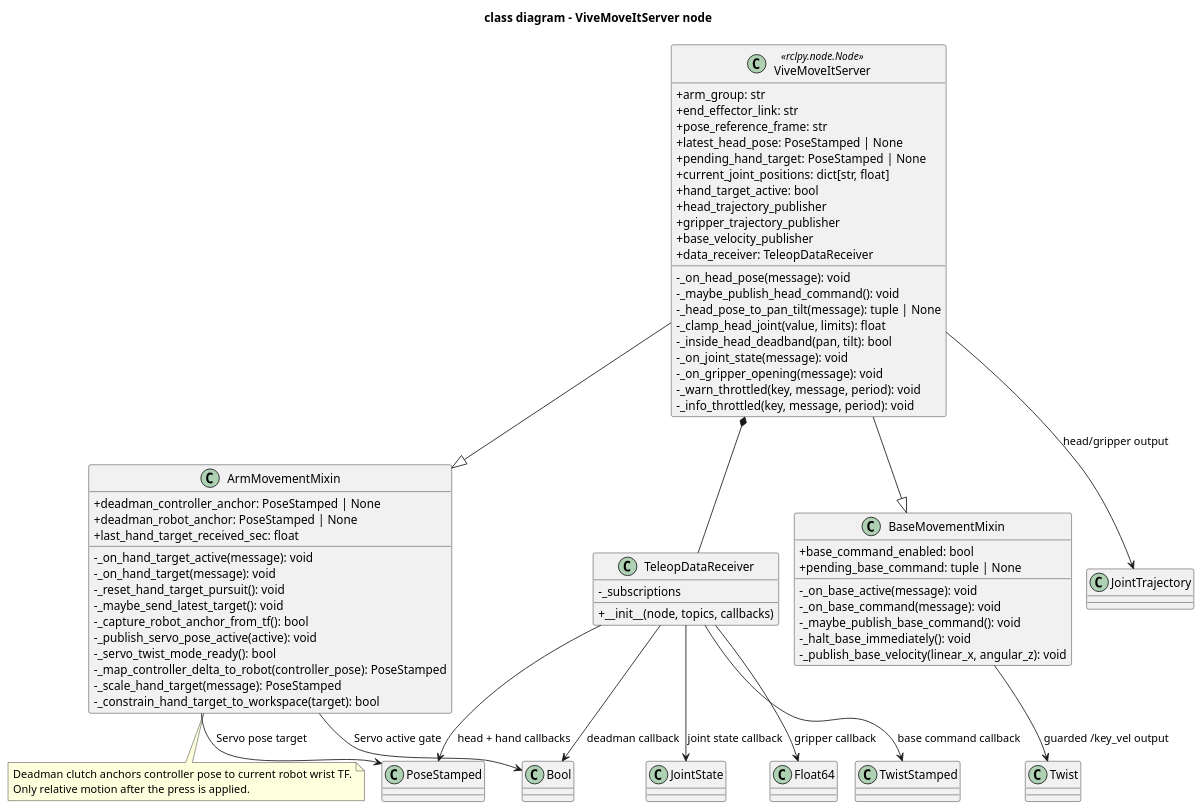
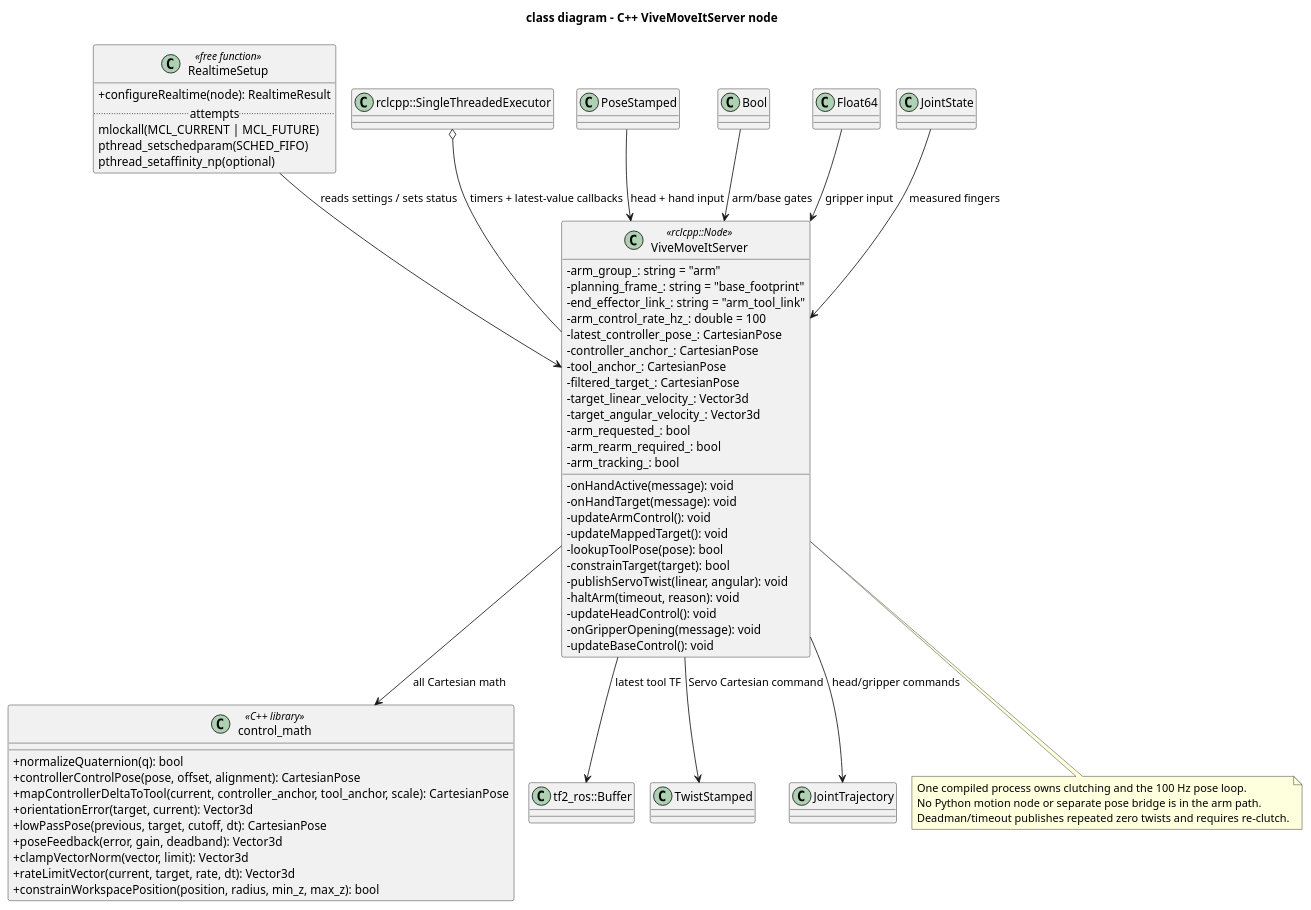
The diagram in docs/architecture/class/moveit_server/vive-moveit-server-node.puml (ichores-research/vive_teleop), drawn with PlantUML before and after one commit. The commit also changed 59 other files, not shown here.

```diff
--- a/docs/architecture/class/moveit_server/vive-moveit-server-node.puml
+++ b/docs/architecture/class/moveit_server/vive-moveit-server-node.puml
@@ -1,89 +1,82 @@
 @startuml
 !pragma layout smetana
-title class diagram - ViveMoveItServer node
+title class diagram - C++ ViveMoveItServer node
 
 skinparam classAttributeIconSize 0
 skinparam shadowing false
 skinparam defaultFontName Monospace
 
-class ViveMoveItServer <<rclpy.node.Node>> {
-  +arm_group: str
-  +end_effector_link: str
-  +pose_reference_frame: str
-  +latest_head_pose: PoseStamped | None
-  +pending_hand_target: PoseStamped | None
-  +current_joint_positions: dict[str, float]
-  +hand_target_active: bool
-  +head_trajectory_publisher
-  +gripper_trajectory_publisher
-  +base_velocity_publisher
-  +data_receiver: TeleopDataReceiver
-  -_on_head_pose(message): void
-  -_maybe_publish_head_command(): void
-  -_head_pose_to_pan_tilt(message): tuple | None
-  -_clamp_head_joint(value, limits): float
-  -_inside_head_deadband(pan, tilt): bool
-  -_on_joint_state(message): void
-  -_on_gripper_opening(message): void
-  -_warn_throttled(key, message, period): void
-  -_info_throttled(key, message, period): void
+class ViveMoveItServer <<rclcpp::Node>> {
+  -arm_group_: string = "arm"
+  -planning_frame_: string = "base_footprint"
+  -end_effector_link_: string = "arm_tool_link"
+  -arm_control_rate_hz_: double = 100
+  -latest_controller_pose_: CartesianPose
+  -controller_anchor_: CartesianPose
+  -tool_anchor_: CartesianPose
+  -filtered_target_: CartesianPose
+  -target_linear_velocity_: Vector3d
+  -target_angular_velocity_: Vector3d
+  -arm_requested_: bool
+  -arm_rearm_required_: bool
+  -arm_tracking_: bool
+  -onHandActive(message): void
+  -onHandTarget(message): void
+  -updateArmControl(): void
+  -updateMappedTarget(): void
+  -lookupToolPose(pose): bool
+  -constrainTarget(target): bool
+  -publishServoTwist(linear, angular): void
+  -haltArm(timeout, reason): void
+  -updateHeadControl(): void
+  -onGripperOpening(message): void
+  -updateBaseControl(): void
 }
 
-class ArmMovementMixin {
-  +deadman_controller_anchor: PoseStamped | None
-  +deadman_robot_anchor: PoseStamped | None
-  +last_hand_target_received_sec: float
-  -_on_hand_target_active(message): void
-  -_on_hand_target(message): void
-  -_reset_hand_target_pursuit(): void
-  -_maybe_send_latest_target(): void
-  -_capture_robot_anchor_from_tf(): bool
-  -_publish_servo_pose_active(active): void
-  -_servo_twist_mode_ready(): bool
-  -_map_controller_delta_to_robot(controller_pose): PoseStamped
-  -_scale_hand_target(message): PoseStamped
-  -_constrain_hand_target_to_workspace(target): bool
+class "control_math" as ControlMath <<C++ library>> {
+  +normalizeQuaternion(q): bool
+  +controllerControlPose(pose, offset, alignment): CartesianPose
+  +mapControllerDeltaToTool(current, controller_anchor, tool_anchor, scale): CartesianPose
+  +orientationError(target, current): Vector3d
+  +lowPassPose(previous, target, cutoff, dt): CartesianPose
+  +poseFeedback(error, gain, deadband): Vector3d
+  +clampVectorNorm(vector, limit): Vector3d
+  +rateLimitVector(current, target, rate, dt): Vector3d
+  +constrainWorkspacePosition(position, radius, min_z, max_z): bool
 }
 
-class TeleopDataReceiver {
-  -_subscriptions
-  +__init__(node, topics, callbacks)
+class RealtimeSetup <<free function>> {
+  +configureRealtime(node): RealtimeResult
+  .. attempts ..
+  mlockall(MCL_CURRENT | MCL_FUTURE)
+  pthread_setschedparam(SCHED_FIFO)
+  pthread_setaffinity_np(optional)
 }
 
-class BaseMovementMixin {
-  +base_command_enabled: bool
-  +pending_base_command: tuple | None
-  -_on_base_active(message): void
-  -_on_base_command(message): void
-  -_maybe_publish_base_command(): void
-  -_halt_base_immediately(): void
-  -_publish_base_velocity(linear_x, angular_z): void
-}
-
+class "tf2_ros::Buffer" as Buffer
+class "rclcpp::SingleThreadedExecutor" as Executor
 class PoseStamped
-class JointState
+class TwistStamped
 class JointTrajectory
 class Bool
 class Float64
-class Twist
-class TwistStamped
+class JointState
 
-ViveMoveItServer --|> ArmMovementMixin
-ViveMoveItServer --|> BaseMovementMixin
-ViveMoveItServer *-- TeleopDataReceiver
-TeleopDataReceiver --> PoseStamped : head + hand callbacks
-TeleopDataReceiver --> Bool : deadman callback
-TeleopDataReceiver --> Float64 : gripper callback
-TeleopDataReceiver --> JointState : joint state callback
-TeleopDataReceiver --> TwistStamped : base command callback
-ViveMoveItServer --> JointTrajectory : head/gripper output
-BaseMovementMixin --> Twist : guarded /key_vel output
-ArmMovementMixin --> PoseStamped : Servo pose target
-ArmMovementMixin --> Bool : Servo active gate
+ViveMoveItServer --> ControlMath : all Cartesian math
+ViveMoveItServer --> Buffer : latest tool TF
+RealtimeSetup --> ViveMoveItServer : reads settings / sets status
+Executor o-- ViveMoveItServer : timers + latest-value callbacks
+PoseStamped --> ViveMoveItServer : head + hand input
+Bool --> ViveMoveItServer : arm/base gates
+Float64 --> ViveMoveItServer : gripper input
+JointState --> ViveMoveItServer : measured fingers
+ViveMoveItServer --> TwistStamped : Servo Cartesian command
+ViveMoveItServer --> JointTrajectory : head/gripper commands
 
-note bottom of ArmMovementMixin
-  Deadman clutch anchors controller pose to current robot wrist TF.
-  Only relative motion after the press is applied.
+note bottom of ViveMoveItServer
+  One compiled process owns clutching and the 100 Hz pose loop.
+  No Python motion node or separate pose bridge is in the arm path.
+  Deadman/timeout publishes repeated zero twists and requires re-clutch.
 end note
 
 @enduml
```
